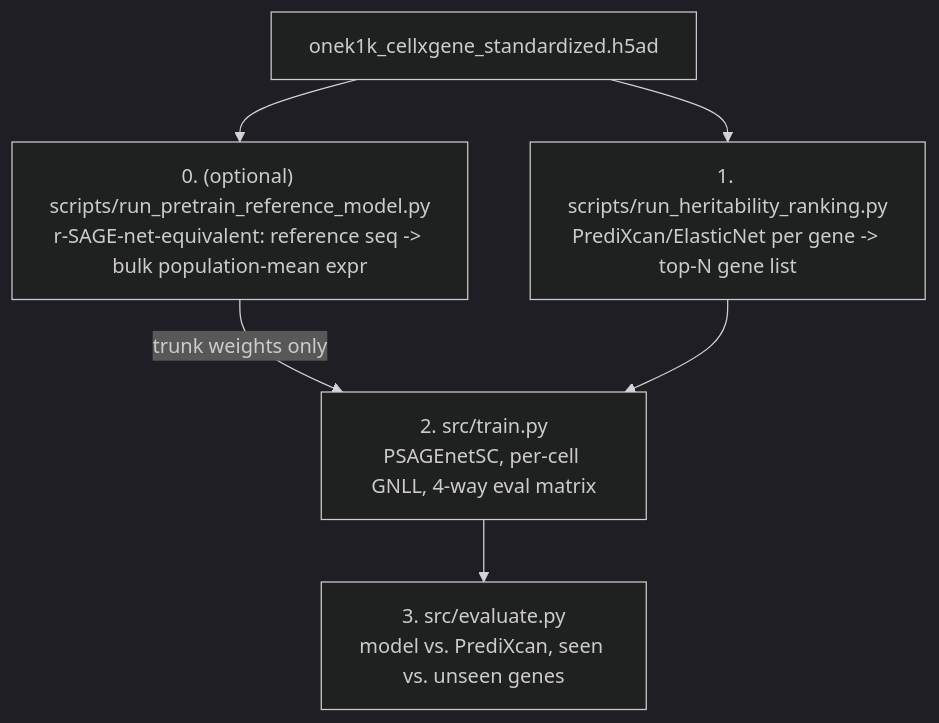
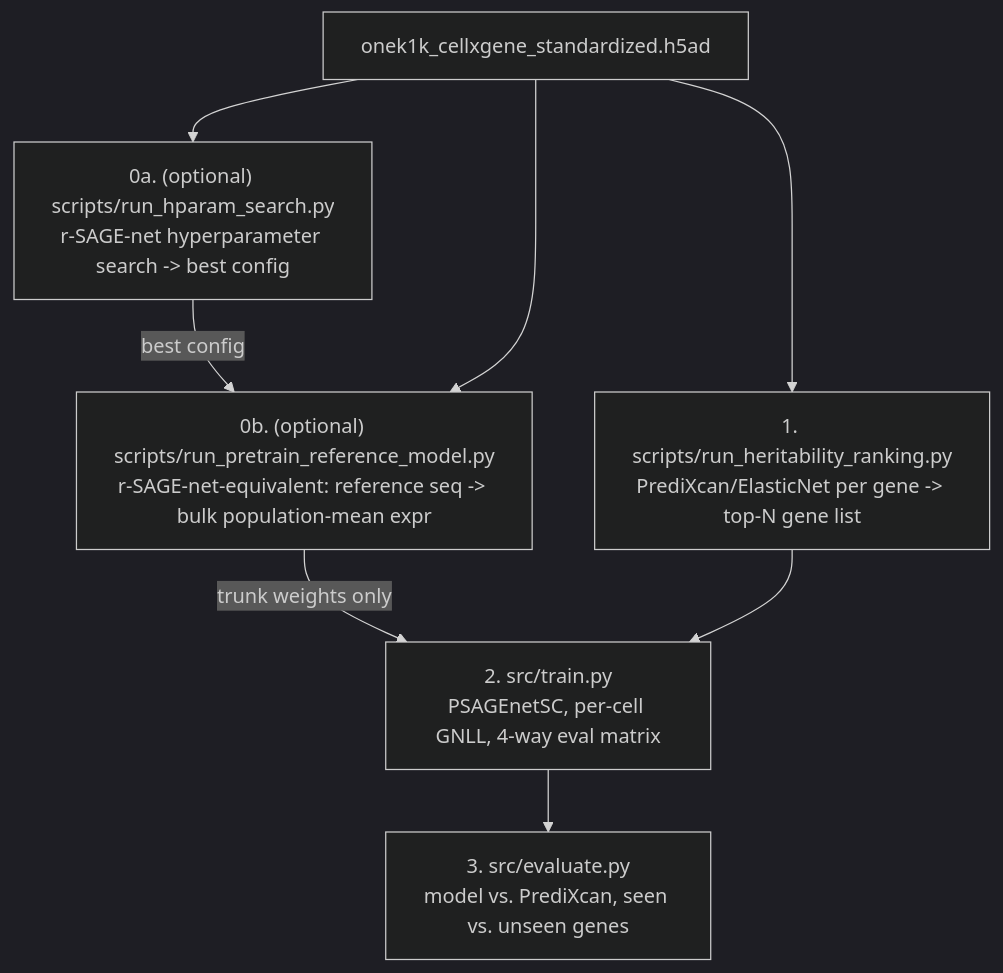
Before and after one commit to Padraig20/sc-genex: the first of 2 diagrams in README.md, drawn with Mermaid (dark theme). The commit also changed other lines of this file and 6 other files, not shown here.

````diff
--- a/README.md
+++ b/README.md
@@ -33,8 +33,10 @@
 ```mermaid
 flowchart TD
-    H5AD["onek1k_cellxgene_standardized.h5ad"] --> Pretrain["0. (optional) scripts/run_pretrain_reference_model.py\nr-SAGE-net-equivalent: reference seq -> bulk population-mean expr"]
+    H5AD["onek1k_cellxgene_standardized.h5ad"] --> HSearch["0a. (optional) scripts/run_hparam_search.py\nr-SAGE-net hyperparameter search -> best config"]
+    HSearch -->|"best config"| Pretrain
+    H5AD --> Pretrain["0b. (optional) scripts/run_pretrain_reference_model.py\nr-SAGE-net-equivalent: reference seq -> bulk population-mean expr"]
     Pretrain -->|"trunk weights only"| Train
     H5AD --> Herit["1. scripts/run_heritability_ranking.py\nPrediXcan/ElasticNet per gene -> top-N gene list"]
     Herit --> Train["2. src/train.py\nPSAGEnetSC, per-cell GNLL, 4-way eval matrix"]
     Train --> Eval["3. src/evaluate.py\nmodel vs. PrediXcan, seen vs. unseen genes"]
 ```
````
